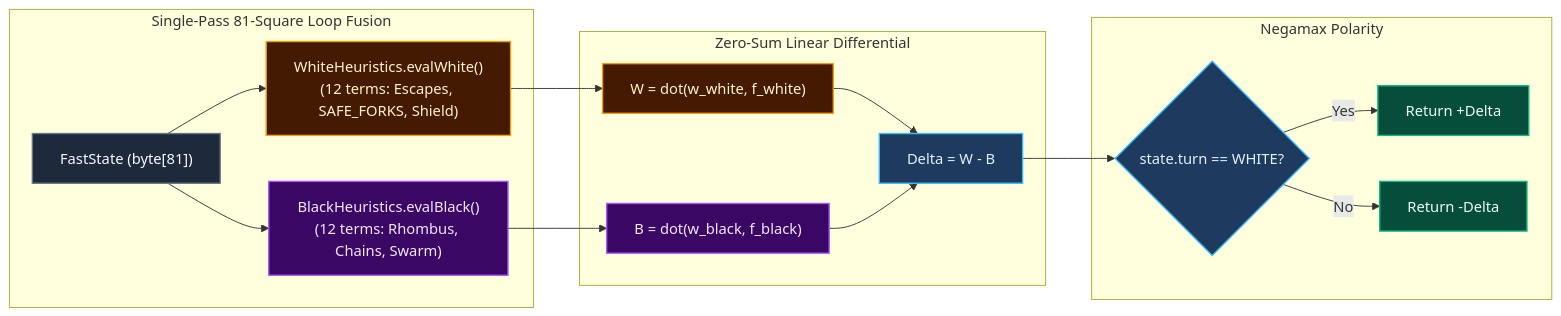
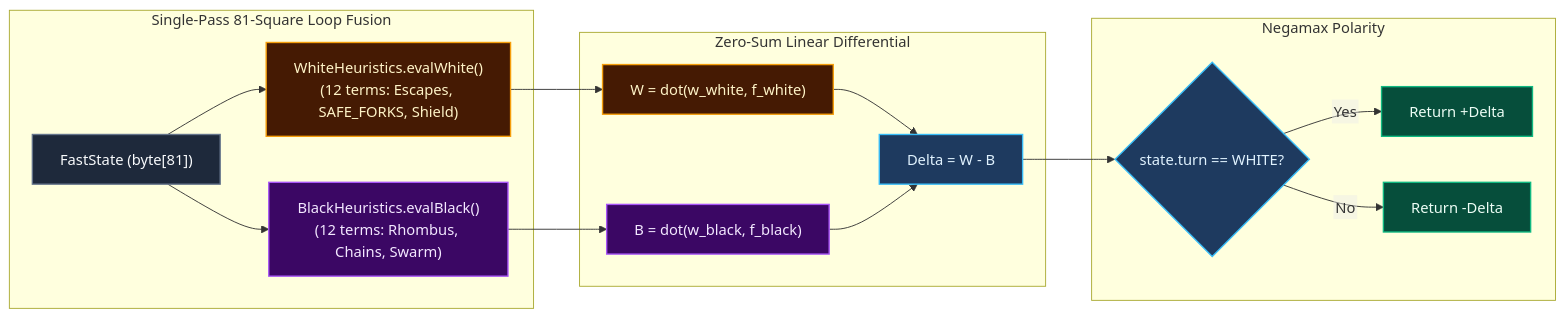
The diagram in docs/wiki/03-Heuristics-and-Domain-Knowledge.md (MercuryDCD/Tablut-FundamentalsAIMASTER), drawn with Mermaid before and after one commit. The commit also changed 9 other files, not shown here.

Commit message:
docs: fix Mermaid flowchart label clipping via htmlLabels=false

````diff
--- a/docs/wiki/03-Heuristics-and-Domain-Knowledge.md
+++ b/docs/wiki/03-Heuristics-and-Domain-Knowledge.md
@@ -130,26 +130,27 @@
 ```mermaid
+%%{init: {"flowchart": {"htmlLabels": false}}}%%
 flowchart LR
     classDef state fill:#1e293b,stroke:#64748b,color:#f8fafc,stroke-width:1.5px
     classDef white fill:#451a03,stroke:#f59e0b,color:#fef3c7,stroke-width:1.5px
     classDef black fill:#3b0764,stroke:#a855f7,color:#f3e8ff,stroke-width:1.5px
     classDef math fill:#1e3a5f,stroke:#38bdf8,color:#e0f2fe,stroke-width:1.5px
     classDef out fill:#064e3b,stroke:#10b981,color:#ecfdf5,stroke-width:1.5px
 
     subgraph Extract["Single-Pass 81-Square Loop Fusion"]
-        S["FastState (byte[81])"]:::state --> W["WhiteHeuristics.evalWhite()<br/>(12 terms: Escapes, SAFE_FORKS, Shield)"]:::white
-        S --> B["BlackHeuristics.evalBlack()<br/>(12 terms: Rhombus, Chains, Swarm)"]:::black
+        S["FastState (byte[81])"]:::state --> W["WhiteHeuristics.evalWhite()\n(12 terms: Escapes, SAFE_FORKS, Shield)"]:::white
+        S --> B["BlackHeuristics.evalBlack()\n(12 terms: Rhombus, Chains, Swarm)"]:::black
     end
 
     subgraph Combine["Zero-Sum Linear Differential"]
         W --> W_Score["W = dot(w_white, f_white)"]:::white
         B --> B_Score["B = dot(w_black, f_black)"]:::black
         W_Score --> Diff["Delta = W - B"]:::math
         B_Score --> Diff
     end
 
     subgraph Negamax["Negamax Polarity"]
         Diff --> Polarity{"state.turn == WHITE?"}:::math
         Polarity -- "Yes" --> RetWhite["Return +Delta"]:::out
         Polarity -- "No" --> RetBlack["Return -Delta"]:::out
     end
 ```
````
